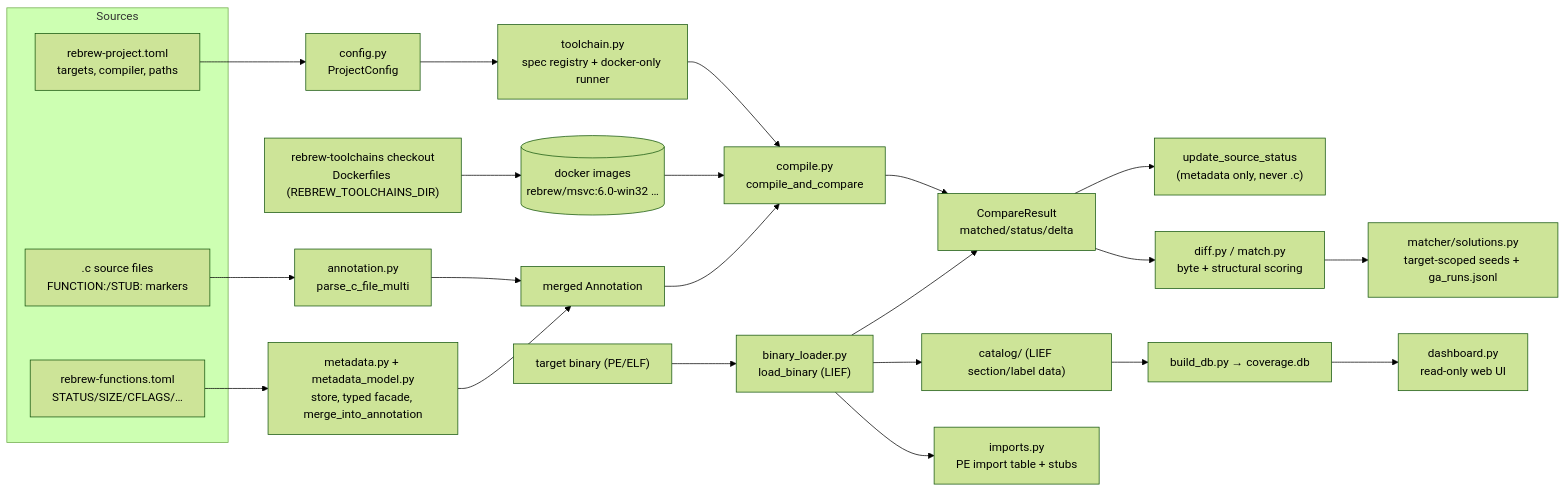
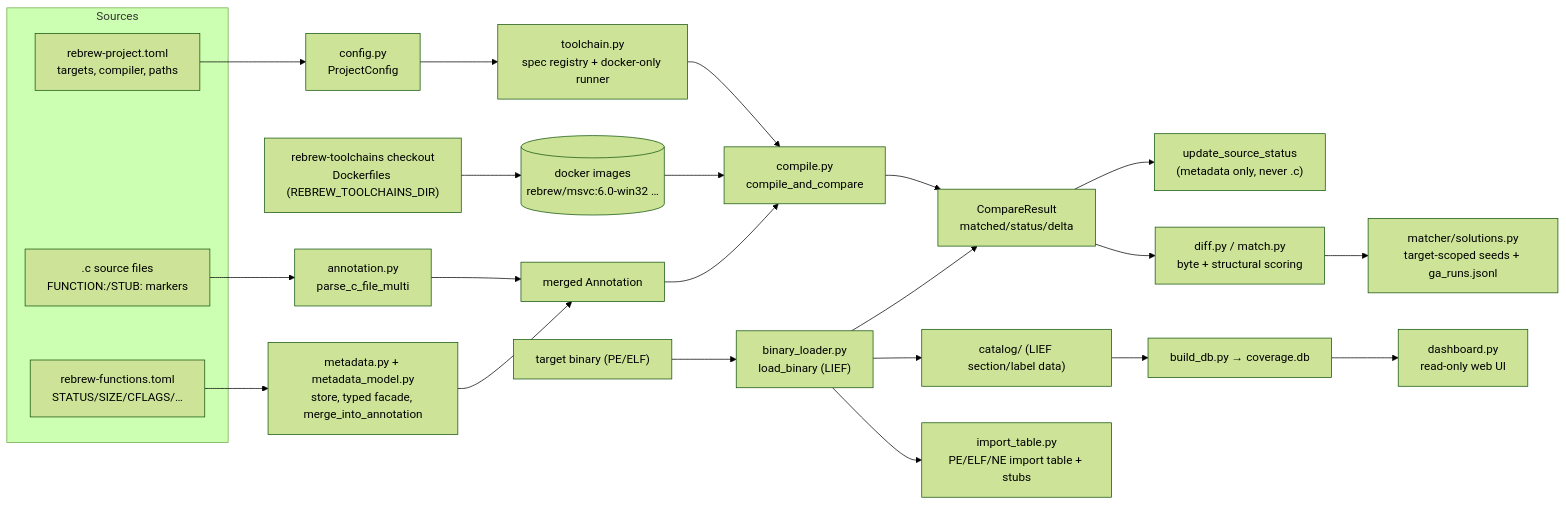
One commit to maci0/rebrew changed the diagram in docs/ARCHITECTURE.md. Above: the diagram before and after it, drawn with Mermaid (forest theme). The commit also changed other lines of this file and 20 other files, not shown here.

First line of the commit message:
refactor: move import-table parsing into rebrew.import_table

````diff
--- a/docs/ARCHITECTURE.md
+++ b/docs/ARCHITECTURE.md
@@ -27,35 +27,35 @@
 ```mermaid
 flowchart LR
     subgraph Sources
         C[".c source files<br/>FUNCTION:/STUB: markers"]
         TOML["rebrew-project.toml<br/>targets, compiler, paths"]
         META["rebrew-functions.toml<br/>STATUS/SIZE/CFLAGS/…"]
     end
 
     C --> ANNOT["annotation.py<br/>parse_c_file_multi"]
     META --> FACADE["metadata.py + metadata_model.py<br/>store, typed facade, merge_into_annotation"]
     TOML --> CFG["config.py<br/>ProjectConfig"]
 
     ANNOT --> MERGED["merged Annotation"]
     FACADE --> MERGED
 
     CFG --> TOOLCHAIN["toolchain.py<br/>spec registry + docker-only runner"]
     RT["rebrew-toolchains checkout<br/>Dockerfiles (REBREW_TOOLCHAINS_DIR)"] --> IMG[("docker images<br/>rebrew/msvc:6.0-win32 …")]
     TOOLCHAIN --> COMPILE["compile.py<br/>compile_and_compare"]
     IMG --> COMPILE
 
     BIN["target binary (PE/ELF)"] --> LOAD["binary_loader.py<br/>load_binary (LIEF)"]
     MERGED --> COMPILE
     COMPILE --> CMP["CompareResult<br/>matched/status/delta"]
     LOAD --> CMP
 
     CMP --> STATUS["update_source_status<br/>(metadata only, never .c)"]
     CMP --> DIFF["diff.py / match.py<br/>byte + structural scoring"]
 
     LOAD --> CATALOG["catalog/ (LIEF section/label data)"]
     CATALOG --> DB["build_db.py → coverage.db"]
     DB --> DASH["dashboard.py<br/>read-only web UI"]
 
-    LOAD --> IMPORTS["imports.py<br/>PE import table + stubs"]
+    LOAD --> IMPORTS["import_table.py<br/>PE/ELF/NE import table + stubs"]
     DIFF --> SOL["matcher/solutions.py<br/>target-scoped seeds + ga_runs.jsonl"]
 ```
````
